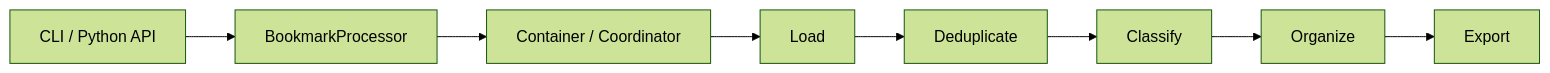
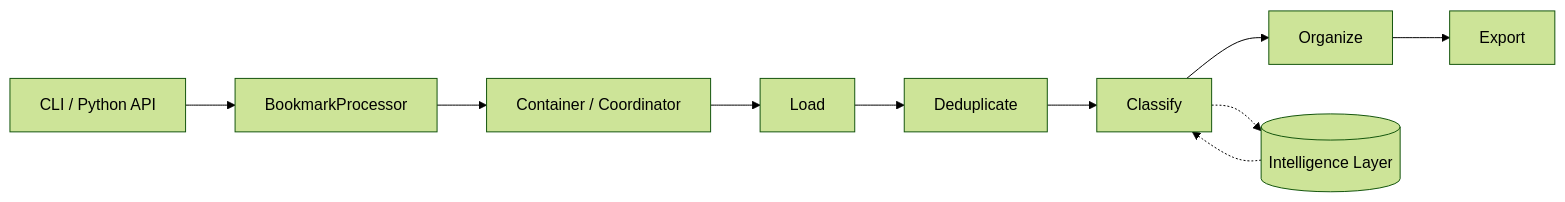
Before and after one commit to build-workbench/bookmarks-cleaner: the first of 4 diagrams in docs/zh/architecture/pipeline.md, drawn with Mermaid (forest theme). The commit also changed other lines of this file and 13 other files, not shown here.

````diff
--- a/docs/zh/architecture/pipeline.md
+++ b/docs/zh/architecture/pipeline.md
@@ -21,10 +23,12 @@
 ```mermaid
 flowchart LR
     A[CLI / Python API] --> B[BookmarkProcessor]
     B --> C[Container / Coordinator]
     C --> D[Load]
     D --> E[Deduplicate]
     E --> F[Classify]
     F --> G[Organize]
     G --> H[Export]
+    F -.-> I[(Intelligence Layer)]
+    I -.-> F
 ```
````
